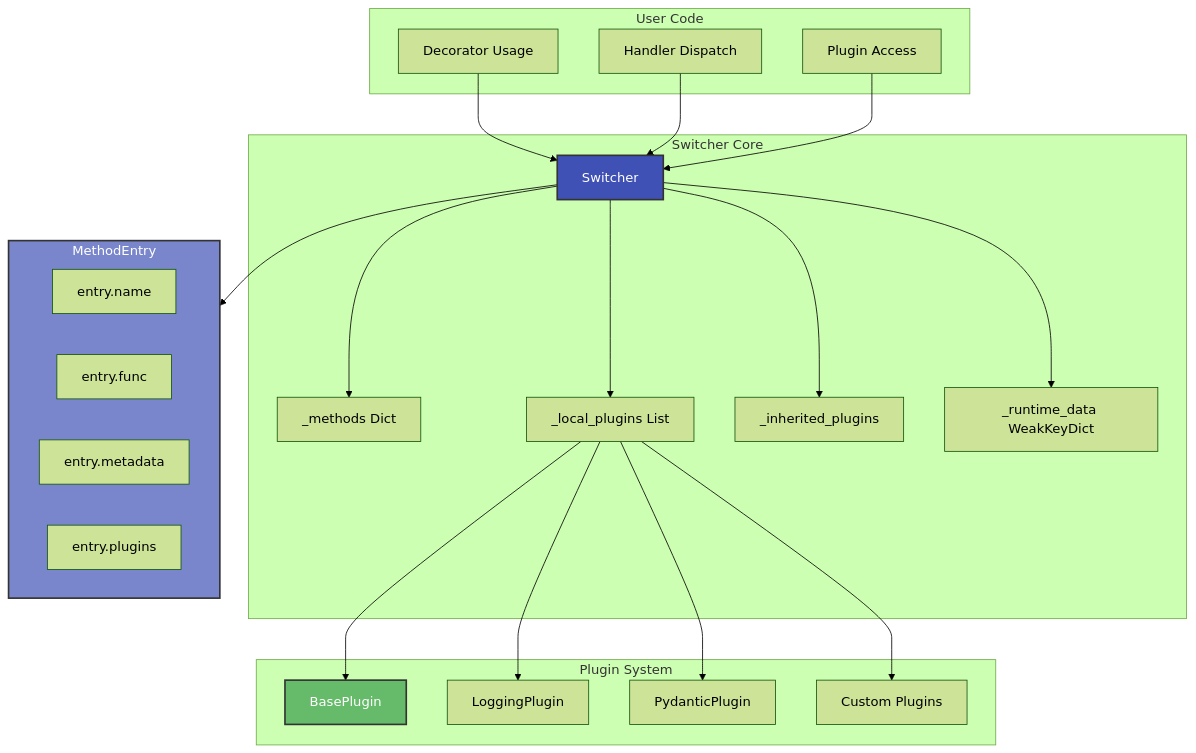
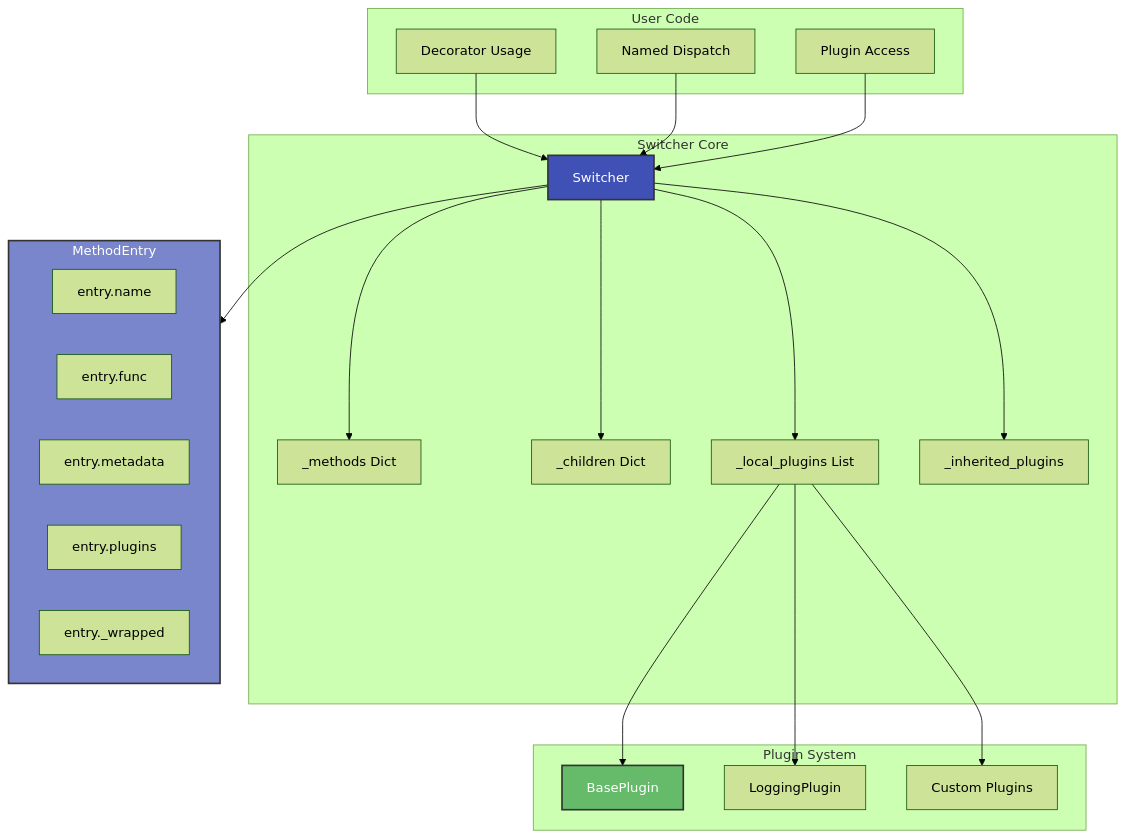
One commit to genropy/smartswitch changed the first of 4 diagrams in docs/appendix/architecture.md. Above: the diagram before and after it, drawn with Mermaid (forest theme). The commit also changed other lines of this file and 11 other files, not shown here.

````diff
--- a/docs/appendix/architecture.md
+++ b/docs/appendix/architecture.md
@@ -9,47 +9,46 @@
 ```mermaid
 graph TB
     subgraph UserCode[User Code]
         U1[Decorator Usage]
-        U2[Handler Dispatch]
+        U2[Named Dispatch]
         U3[Plugin Access]
     end
 
     subgraph SwitcherCore[Switcher Core]
         SW[Switcher]
         ME[_methods Dict]
+        CH[_children Dict]
         PL[_local_plugins List]
         IP[_inherited_plugins]
-        RD[_runtime_data WeakKeyDict]
     end
 
     subgraph PluginSystem[Plugin System]
         BP[BasePlugin]
         LP[LoggingPlugin]
-        PP[PydanticPlugin]
         CP[Custom Plugins]
     end
 
     subgraph MethodEntry[MethodEntry]
         EN[entry.name]
         EF[entry.func]
         EM[entry.metadata]
         EP[entry.plugins]
+        EW[entry._wrapped]
     end
 
     U1 --> SW
     U2 --> SW
     U3 --> SW
     SW --> ME
+    SW --> CH
     SW --> PL
     SW --> IP
-    SW --> RD
     SW --> MethodEntry
     PL --> BP
     PL --> LP
-    PL --> PP
     PL --> CP
 
     style SW fill:#4051b5,stroke:#333,stroke-width:2px,color:#fff
     style MethodEntry fill:#7986cb,stroke:#333,stroke-width:2px,color:#fff
     style BP fill:#66bb6a,stroke:#333,stroke-width:2px,color:#fff
 ```
````
